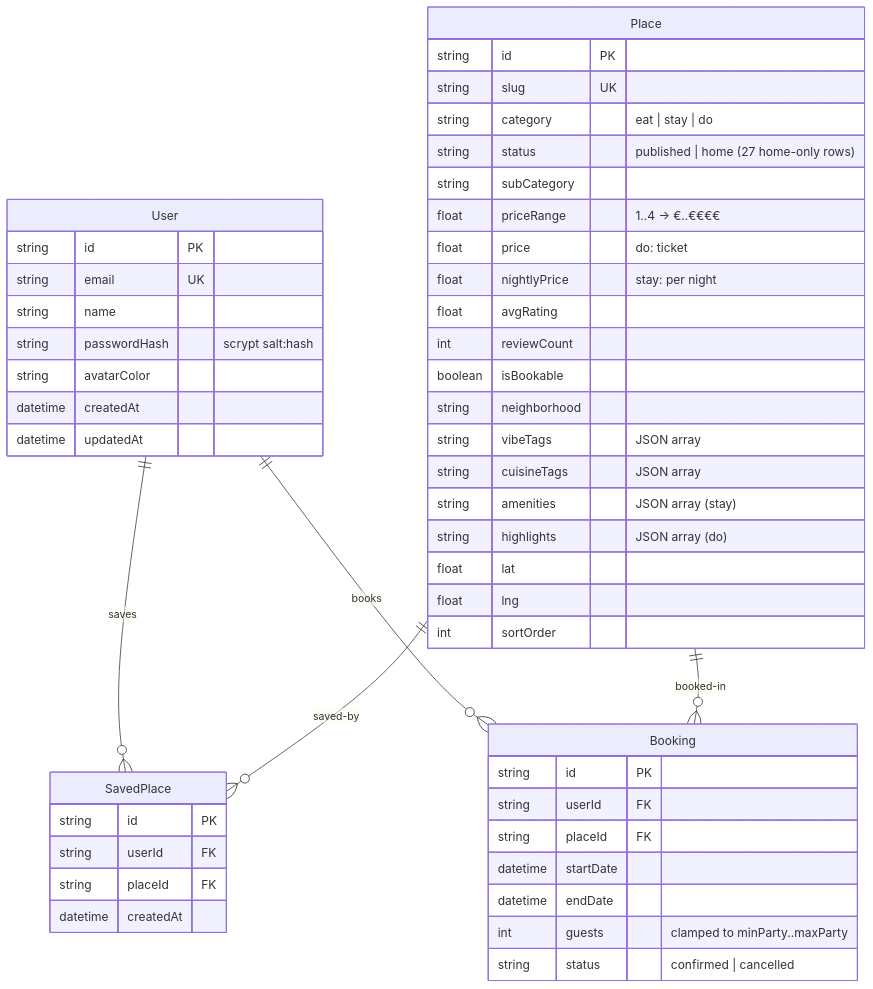
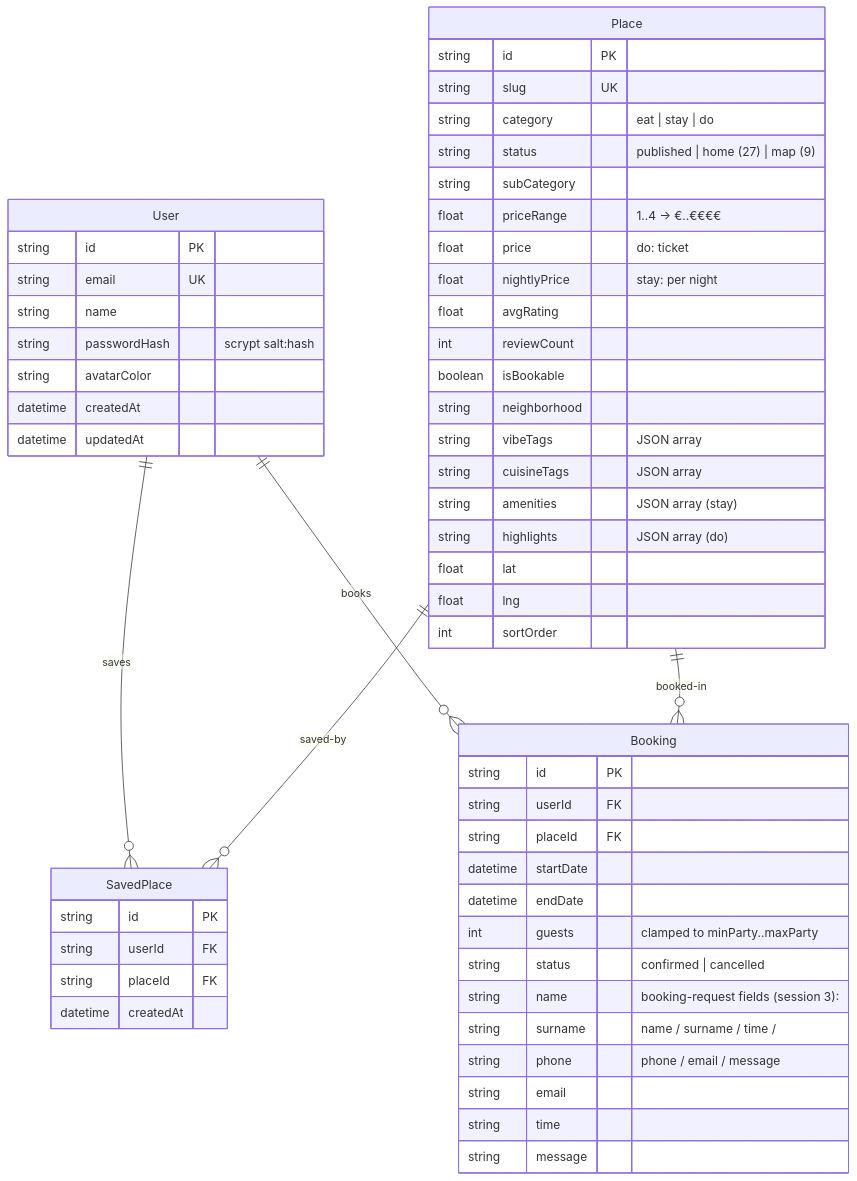
Before and after one commit to nordeim/activity-map: the second of 2 diagrams in Project_Architecture_Document.md, drawn with Mermaid. The commit also changed other lines of this file and 78 other files, not shown here.

````diff
--- a/Project_Architecture_Document.md
+++ b/Project_Architecture_Document.md
@@ -349,52 +355,58 @@
 ```mermaid
 erDiagram
     User ||--o{ SavedPlace : saves
     User ||--o{ Booking : books
     Place ||--o{ SavedPlace : saved-by
     Place ||--o{ Booking : booked-in
     User {
         string id PK
         string email UK
         string name
         string passwordHash "scrypt salt:hash"
         string avatarColor
         datetime createdAt
         datetime updatedAt
     }
     Place {
         string id PK
         string slug UK
         string category "eat | stay | do"
-        string status "published | home (27 home-only rows)"
+        string status "published | home (27) | map (9)"
         string subCategory
         float priceRange "1..4 → €..€€€€"
         float price "do: ticket"
         float nightlyPrice "stay: per night"
         float avgRating
         int reviewCount
         boolean isBookable
         string neighborhood
         string vibeTags "JSON array"
         string cuisineTags "JSON array"
         string amenities "JSON array (stay)"
         string highlights "JSON array (do)"
         float lat
         float lng
         int sortOrder
     }
     SavedPlace {
         string id PK
         string userId FK
         string placeId FK
         datetime createdAt
     }
     Booking {
         string id PK
         string userId FK
         string placeId FK
         datetime startDate
         datetime endDate
         int guests "clamped to minParty..maxParty"
         string status "confirmed | cancelled"
+        string name "booking-request fields (session 3):"
+        string surname "name / surname / time /"
+        string phone "phone / email / message"
+        string email
+        string time
+        string message
     }
 ```
````
